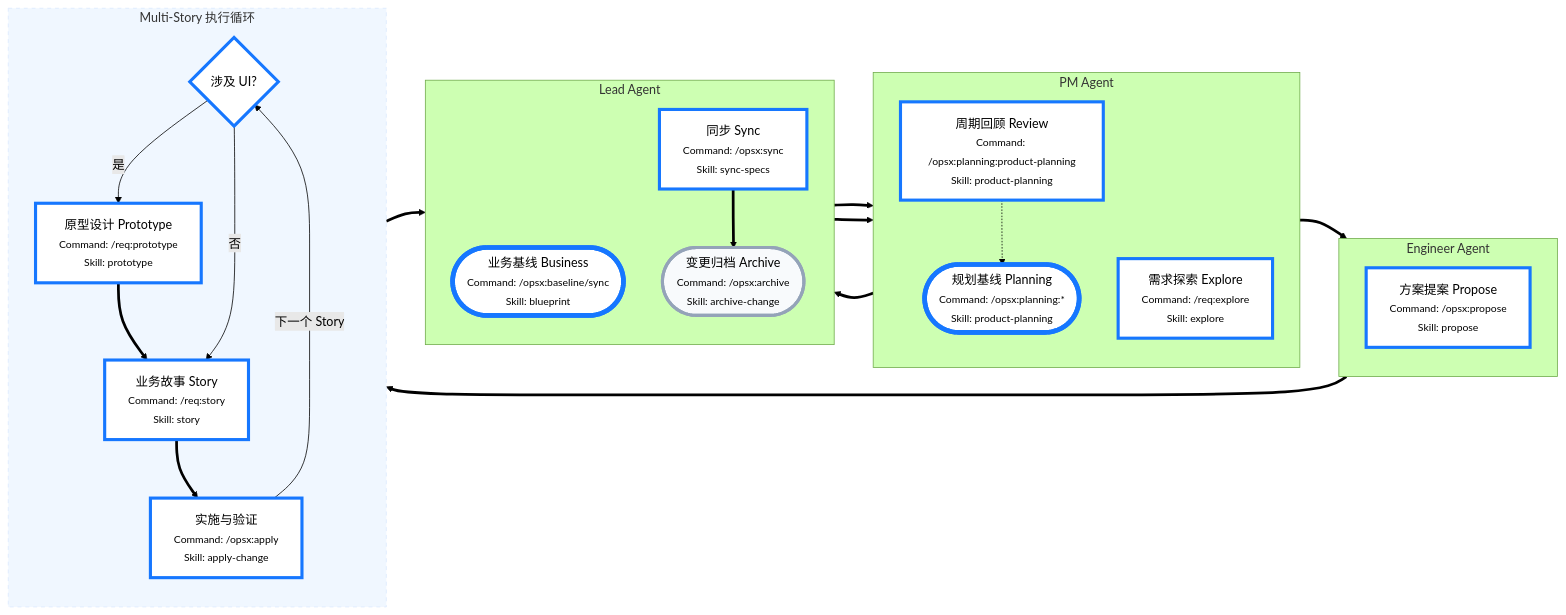
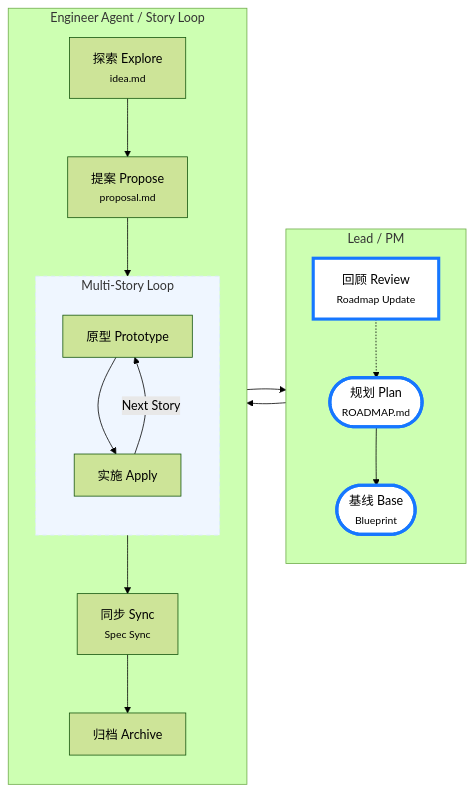
Before and after one commit to jkang/openspec-example: the second of 3 diagrams in learning-sdd/TALK_PRD_TO_SPECS.md, drawn with Mermaid (forest theme). The commit also changed other lines of this file and 56 other files, not shown here.

````diff
--- a/learning-sdd/TALK_PRD_TO_SPECS.md
+++ b/learning-sdd/TALK_PRD_TO_SPECS.md
@@ -75,51 +76,32 @@
 ```mermaid
-flowchart LR
-    subgraph PMAgent [PM Agent]
+graph LR
+    subgraph LeadPM [Lead / PM]
         direction TB
-        A([规划基线 Planning<br/><small>Command: /opsx:planning:*<br/>Skill: product-planning</small>])
-        C[需求探索 Explore<br/><small>Command: /req:explore<br/>Skill: explore</small>]
-        K[周期回顾 Review<br/><small>Command: /opsx:planning:product-planning<br/>Skill: product-planning</small>]
+        A([规划 Plan<br/><small>ROADMAP.md</small>])
+        B([基线 Base<br/><small>Blueprint</small>])
+        K[回顾 Review<br/><small>Roadmap Update</small>]
     end
 
-    subgraph LeadAgent2 [Lead Agent]
+    subgraph Execution [Engineer Agent / Story Loop]
         direction TB
-        B([业务基线 Business<br/><small>Command: /opsx:baseline/sync<br/>Skill: blueprint</small>])
-        I[同步 Sync<br/><small>Command: /opsx:sync<br/>Skill: sync-specs</small>]
-        J([变更归档 Archive<br/><small>Command: /opsx:archive<br/>Skill: archive-change</small>])
+        C[探索 Explore<br/><small>idea.md</small>]
+        D[提案 Propose<br/><small>proposal.md</small>]
+        subgraph Loop [Multi-Story Loop]
+            direction TB
+            E[原型 Prototype]
+            F[实施 Apply]
+        end
+        G[同步 Sync<br/><small>Spec Sync</small>]
+        H[归档 Archive]
     end
 
-    subgraph EngineerAgent2 [Engineer Agent]
-        direction TB
-        D[方案提案 Propose<br/><small>Command: /opsx:propose<br/>Skill: propose</small>]
-    end
-
-    subgraph MultiStoryLoop [Multi-Story 执行循环]
-        direction TB
-        E{涉及 UI?}
-        F[原型设计 Prototype<br/><small>Command: /req:prototype<br/>Skill: prototype</small>]
-        G[业务故事 Story<br/><small>Command: /req:story<br/>Skill: story</small>]
-        H[实施与验证<br/><small>Command: /opsx:apply<br/>Skill: apply-change</small>]
-    end
-
-    A ==> B ==> C ==> D ==> E
-    E -- 是 --> F ==> G
-    E -- 否 --> G
-    G ==> H
-    H -- 下一个 Story --> E
-    
-    H ==> I ==> J ==> K
+    A --> B --> C --> D --> E --> F
+    F -- Next Story --> E
+    F --> G --> H --> K
     K -.-> A
 
-    style A fill:#fff,stroke:#1677ff,stroke-width:6px
-    style B fill:#fff,stroke:#1677ff,stroke-width:6px
-    style C fill:#fff,stroke:#1677ff,stroke-width:4px
-    style D fill:#fff,stroke:#1677ff,stroke-width:4px
-    style MultiStoryLoop fill:#f0f7ff,stroke:#dbeafe,stroke-dasharray: 5 5
-    style E fill:#fff,stroke:#1677ff,stroke-width:4px
-    style F fill:#fff,stroke:#1677ff,stroke-width:4px
-    style G fill:#fff,stroke:#1677ff,stroke-width:4px
-    style H fill:#fff,stroke:#1677ff,stroke-width:4px
-    style I fill:#fff,stroke:#1677ff,stroke-width:4px
-    style J fill:#f8fafc,stroke:#94a3b8,stroke-width:4px
+    style A fill:#fff,stroke:#1677ff,stroke-width:4px
+    style B fill:#fff,stroke:#1677ff,stroke-width:4px
+    style Loop fill:#eff6ff,stroke:#dbeafe,stroke-dasharray: 5 5
     style K fill:#fff,stroke:#1677ff,stroke-width:4px
 ```
````
